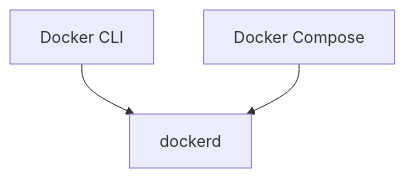
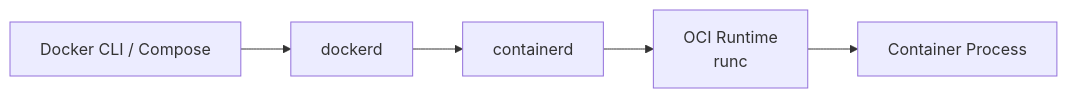
Before and after one commit to hwang-protocol/docker_k8s_2026: the third of 8 diagrams in docker/docker_7_other/README.md, drawn with Mermaid. The commit also changed other lines of this file, not shown here.

````diff
--- a/docker/docker_7_other/README.md
+++ b/docker/docker_7_other/README.md
@@ -166,8 +144,7 @@
 ```mermaid
-flowchart TD
-  DockerCLI[Docker CLI]
-  Dockerd[dockerd]
-  Compose[Docker Compose]
-  DockerCLI --> Dockerd
-  Compose --> Dockerd
+flowchart LR
+  DockerCLI[Docker CLI / Compose] --> Dockerd[dockerd]
+  Dockerd --> Containerd[containerd]
+  Containerd --> OCI[OCI Runtime<br/>runc]
+  OCI --> Process[Container Process]
 ```
````
